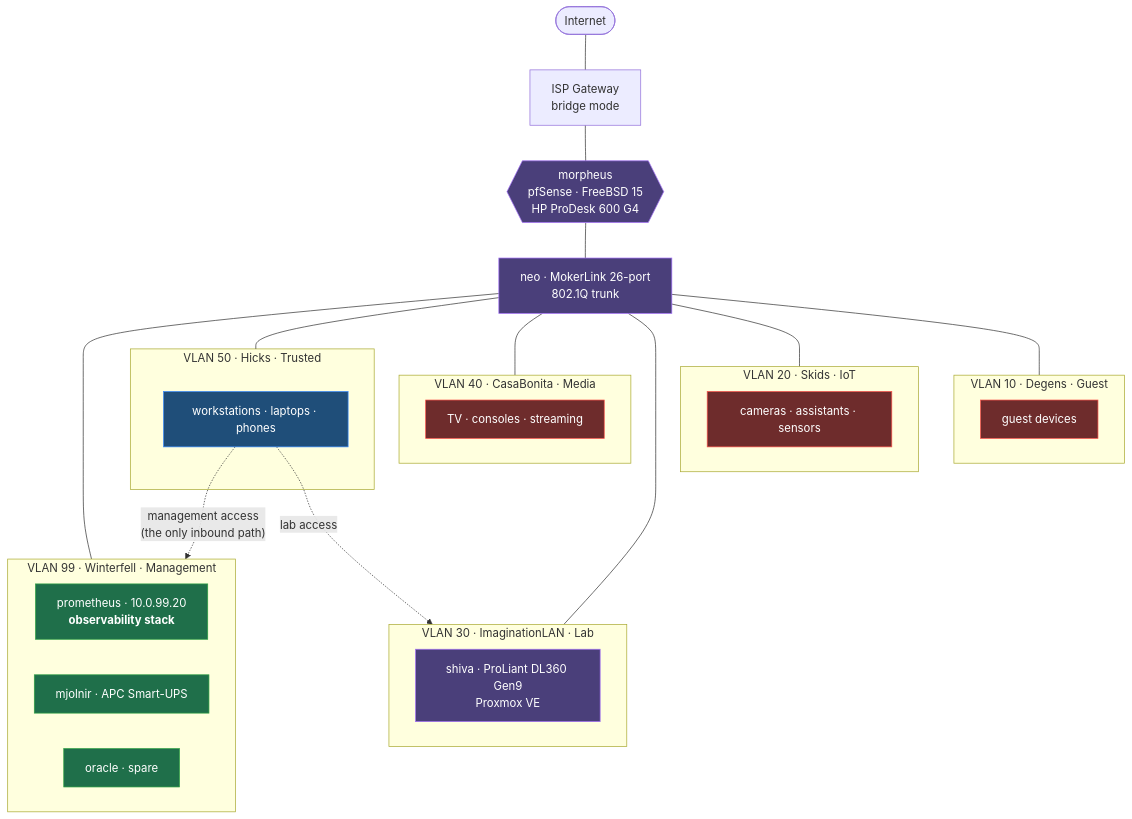
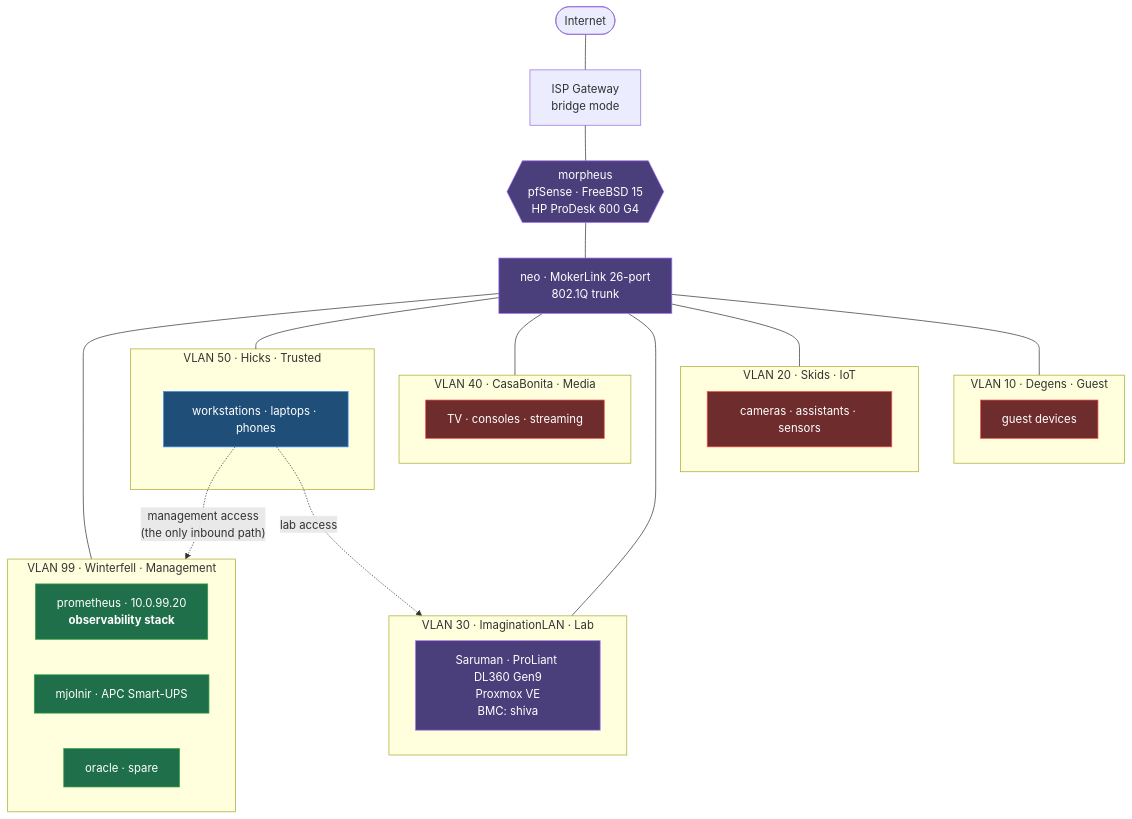
One commit to Gerrrt/HomeLab changed the first of 2 diagrams in docs/architecture.md. Above: the diagram before and after it, drawn with Mermaid. The commit also changed other lines of this file and 5 other files, not shown here.

````diff
--- a/docs/architecture.md
+++ b/docs/architecture.md
@@ -8,54 +8,54 @@
 ```mermaid
 graph TB
     INET([Internet])
     GW[ISP Gateway<br/>bridge mode]
     FW{{"morpheus<br/>pfSense · FreeBSD 15<br/>HP ProDesk 600 G4"}}
     SW[neo · MokerLink 26-port<br/>802.1Q trunk]
 
     INET --- GW --- FW --- SW
 
     subgraph V99["VLAN 99 · Winterfell · Management"]
         MON["prometheus · 10.0.99.20<br/><b>observability stack</b>"]
         UPS["mjolnir · APC Smart-UPS"]
         SPARE["oracle · spare"]
     end
 
     subgraph V50["VLAN 50 · Hicks · Trusted"]
         WS["workstations · laptops · phones"]
     end
 
     subgraph V40["VLAN 40 · CasaBonita · Media"]
         TV["TV · consoles · streaming"]
     end
 
     subgraph V30["VLAN 30 · ImaginationLAN · Lab"]
-        HV["shiva · ProLiant DL360 Gen9<br/>Proxmox VE"]
+        HV["Saruman · ProLiant DL360 Gen9<br/>Proxmox VE<br/>BMC: shiva"]
     end
 
     subgraph V20["VLAN 20 · Skids · IoT"]
         IOT["cameras · assistants · sensors"]
     end
 
     subgraph V10["VLAN 10 · Degens · Guest"]
         GUEST["guest devices"]
     end
 
     SW --- V99
     SW --- V50
     SW --- V40
     SW --- V30
     SW --- V20
     SW --- V10
 
     WS -.->|"management access<br/>(the only inbound path)"| V99
     WS -.->|lab access| V30
 
     classDef mgmt fill:#1f6f4a,stroke:#2ea043,color:#fff
     classDef trusted fill:#1f4e79,stroke:#388bfd,color:#fff
     classDef untrusted fill:#6e2c2c,stroke:#f85149,color:#fff
     classDef infra fill:#4a3f7a,stroke:#a371f7,color:#fff
     class MON,UPS,SPARE mgmt
     class WS trusted
     class IOT,GUEST,TV untrusted
     class HV,FW,SW infra
 ```
````
